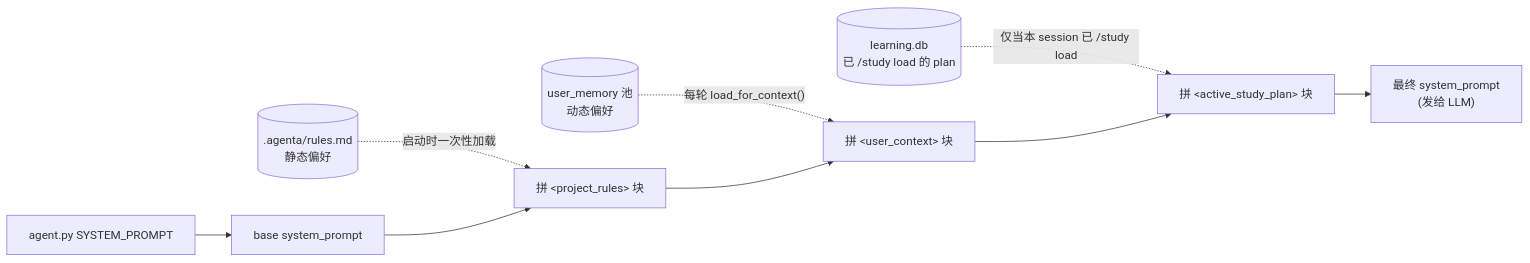
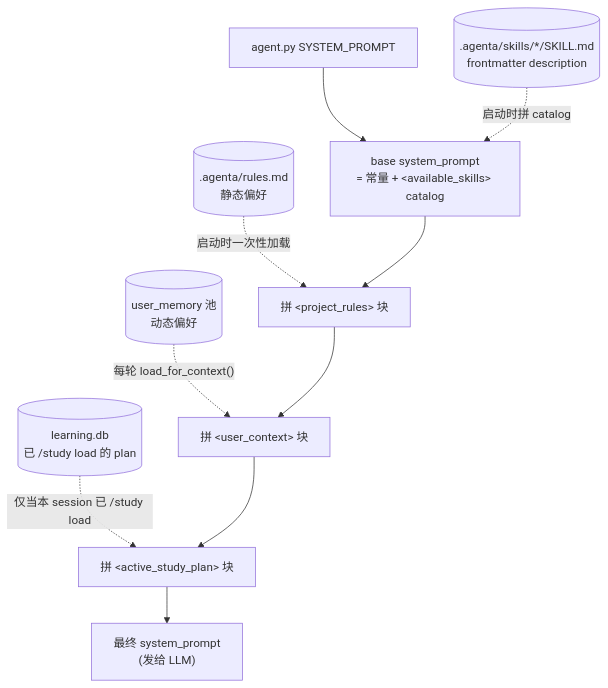
Before and after one commit to michaelwangzhenan/AgentA: diagram 13 of 28 in docs/design.md, drawn with Mermaid. The commit also changed other lines of this file and 4 other files, not shown here.

````diff
--- a/docs/design.md
+++ b/docs/design.md
@@ -603,14 +547,16 @@
 ```mermaid
-flowchart LR
+flowchart TD
     SYS["agent.py SYSTEM_PROMPT"]
+    SKILLS[(".agenta/skills/*/SKILL.md<br/>frontmatter description")]
     RULES[(".agenta/rules.md<br/>静态偏好")]
     MEM[("user_memory 池<br/>动态偏好")]
     LP[("learning.db<br/>已 /study load 的 plan")]
 
-    SYS --> BASE["base system_prompt"]
+    SYS --> BASE["base system_prompt<br/>= 常量 + &lt;available_skills&gt; catalog"]
+    SKILLS -.->|"启动时拼 catalog"| BASE
     RULES -.->|"启动时一次性加载"| R["拼 &lt;project_rules&gt; 块"]
     MEM -.->|"每轮 load_for_context()"| C["拼 &lt;user_context&gt; 块"]
     LP -.->|"仅当本 session 已 /study load"| P["拼 &lt;active_study_plan&gt; 块"]
 
     BASE --> R --> C --> P --> OUT["最终 system_prompt<br/>(发给 LLM)"]
 ```
````
